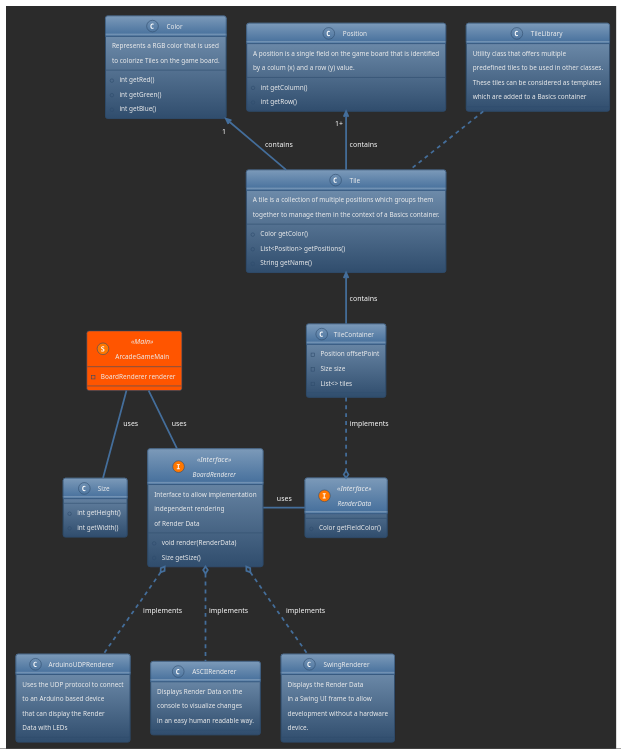
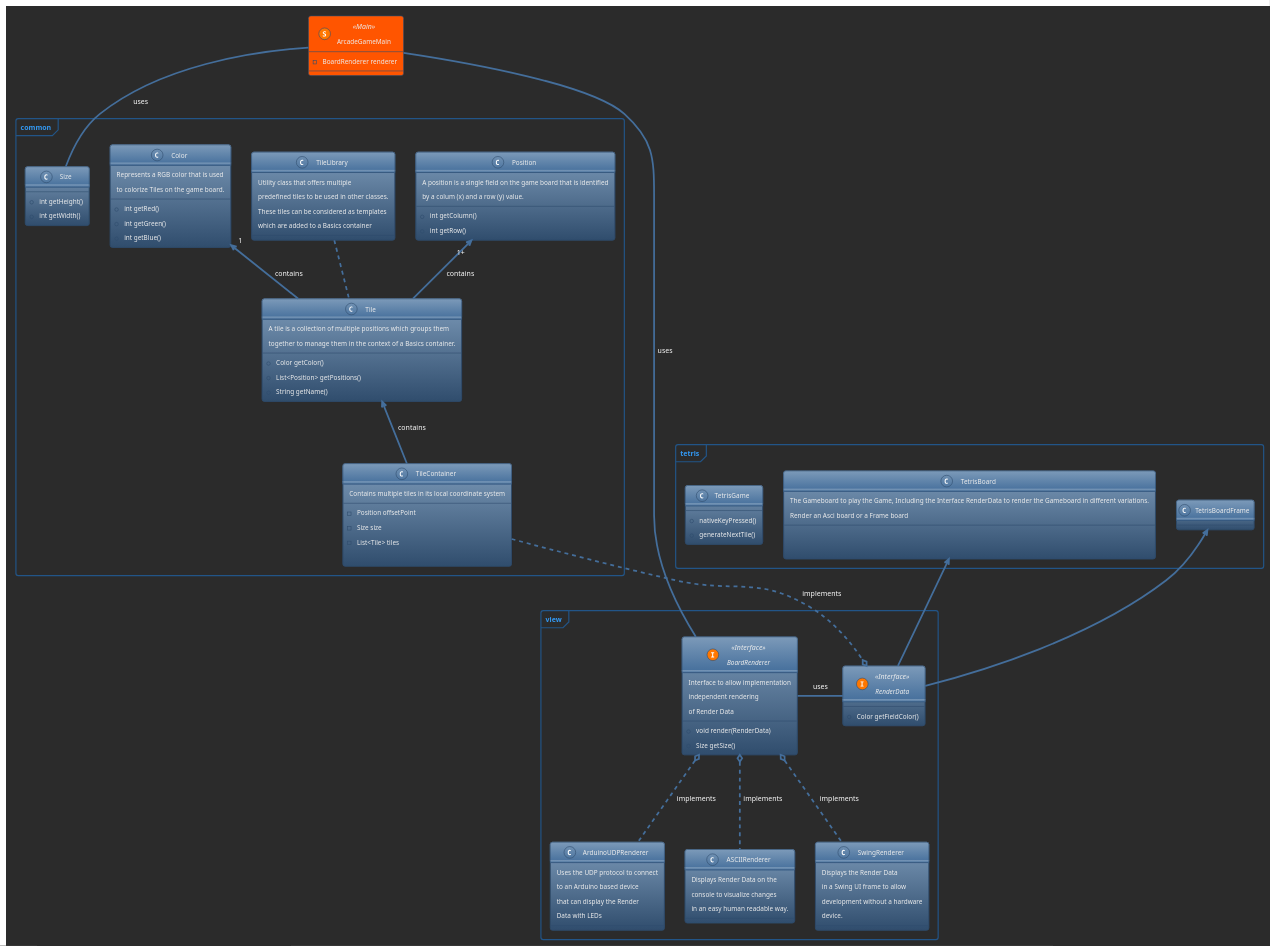
The diagram in Java/src/main/java/mro/arcade/game/common/doc-files/common.puml (Ventar/arcade-game), drawn with PlantUML before and after one commit. The commit also changed 4 other files, not shown here.

```diff
--- a/Java/src/main/java/mro/arcade/game/common/doc-files/common.puml
+++ b/Java/src/main/java/mro/arcade/game/common/doc-files/common.puml
@@ -1,109 +1,139 @@
 @startuml
 !theme spacelab
 skinparam BackgroundColor #2B2B2B
 'skinparam linetype ortho
 
 skinparam ClassBackgroundColor<< Main >> #FF5500
+skinparam PackageBackgroundColor #2B2B2B
+skinparam PackageBorderColor #225588
+skinparam PackageFontSize 12
 
 
+package common <<Frame>> {
+    class Color{
+      Represents a RGB color that is used
+      to colorize Tiles on the game board.
+     --
+     + int getRed()
+     + int getGreen()
+     + int getBlue()
+    }
 
+    class Tile {
+       A tile is a collection of multiple positions which groups them
+       together to manage them in the context of a Basics container.
+       --
+      + Color getColor()
+      + List<Position> getPositions()
+      + String getName()
+    }
 
+    class Position {
+     A position is a single field on the game board that is identified
+     by a colum (x) and a row (y) value.
+     --
+     + int getColumn()
+     + int getRow()
+    }
 
-class Color{
-  Represents a RGB color that is used
-  to colorize Tiles on the game board.
- --
- + int getRed()
- + int getGreen()
- + int getBlue()
+    class TileLibrary {
+      Utility class that offers multiple
+      predefined tiles to be used in other classes.
+      These tiles can be considered as templates
+      which are added to a Basics container
+    }
+
+    class Size{
+
+    + int getHeight()
+    + int getWidth()
+    }
+
+    class TileContainer{
+    Contains multiple tiles in its local coordinate system
+    --
+    - Position offsetPoint
+    - Size size
+    - List<Tile> tiles
+
+    }
+
 }
-
-class Tile {
-   A tile is a collection of multiple positions which groups them
-   together to manage them in the context of a Basics container.
-   --
-  + Color getColor()
-  + List<Position> getPositions()
-  + String getName()
-}
-
-class Position {
- A position is a single field on the game board that is identified
- by a colum (x) and a row (y) value.
- --
- + int getColumn()
- + int getRow()
-}
-
-class TileLibrary {
-  Utility class that offers multiple
-  predefined tiles to be used in other classes.
-  These tiles can be considered as templates
-  which are added to a Basics container
-}
-
-class Size{
-
-+ int getHeight()
-+ int getWidth()
-}
-
 
 class ArcadeGameMain << (S,#FF7700) Main >>{
 - BoardRenderer renderer
 }
 
-class TileContainer{
-- Position offsetPoint
-- Size size
-- List<> tiles
+package view <<Frame>> {
+
+    interface RenderData << (I,#FF7700) Interface >> {
+    + Color getFieldColor()
+
+    }
+
+    interface BoardRenderer << (I,#FF7700) Interface >> {
+      Interface to allow implementation
+      independent rendering
+      of Render Data
+    + void render(RenderData)
+    + Size getSize()
+
+    }
+
+    class ArduinoUDPRenderer{
+      Uses the UDP protocol to connect
+      to an Arduino based device
+      that can display the Render
+      Data with LEDs
+    }
+
+    class ASCIIRenderer {
+      Displays Render Data on the
+      console to visualize changes
+      in an easy human readable way.
+    }
+
+    class SwingRenderer {
+      Displays the Render Data
+      in a Swing UI frame to allow
+      development without a hardware
+      device.
+    }
+}
+    package tetris <<Frame>>{
+
+
+    class TetrisBoard{
+ The Gameboard to play the Game, Including the Interface RenderData to render the Gameboard in different variations.
+ Render an Asci board or a Frame board
+ --
+
+
+    }
+
+    class TetrisBoardFrame{
+
+    }
+
+    class TetrisGame{
++ nativeKeyPressed()
++ generateNextTile()
+
+
+    }
 }
 
-interface RenderData << (I,#FF7700) Interface >> {
-+ Color getFieldColor()
-
-}
-
-interface BoardRenderer << (I,#FF7700) Interface >> {
-  Interface to allow implementation
-  independent rendering
-  of Render Data
-+ void render(RenderData)
-+ Size getSize()
-
-}
-
-class ArduinoUDPRenderer{
-  Uses the UDP protocol to connect
-  to an Arduino based device
-  that can display the Render
-  Data with LEDs
-}
-
-class ASCIIRenderer {
-  Displays Render Data on the
-  console to visualize changes
-  in an easy human readable way.
-}
-
-class SwingRenderer {
-  Displays the Render Data
-  in a Swing UI frame to allow
-  development without a hardware
-  device.
-}
-
-
-
+TetrisBoardFrame <-- RenderData
+TetrisBoard <-- RenderData
 BoardRenderer o... ArduinoUDPRenderer: implements
 BoardRenderer o... ASCIIRenderer: implements
 BoardRenderer o... SwingRenderer: implements
 BoardRenderer - RenderData: uses
 TileContainer ..o RenderData: implements
 Color "1 "<-- Tile: contains
 Position "1+"<-- Tile: contains
 TileLibrary .. Tile
 ArcadeGameMain -- Size: uses
 ArcadeGameMain -- BoardRenderer: uses
 Tile <-- TileContainer: contains
 @enduml
```
